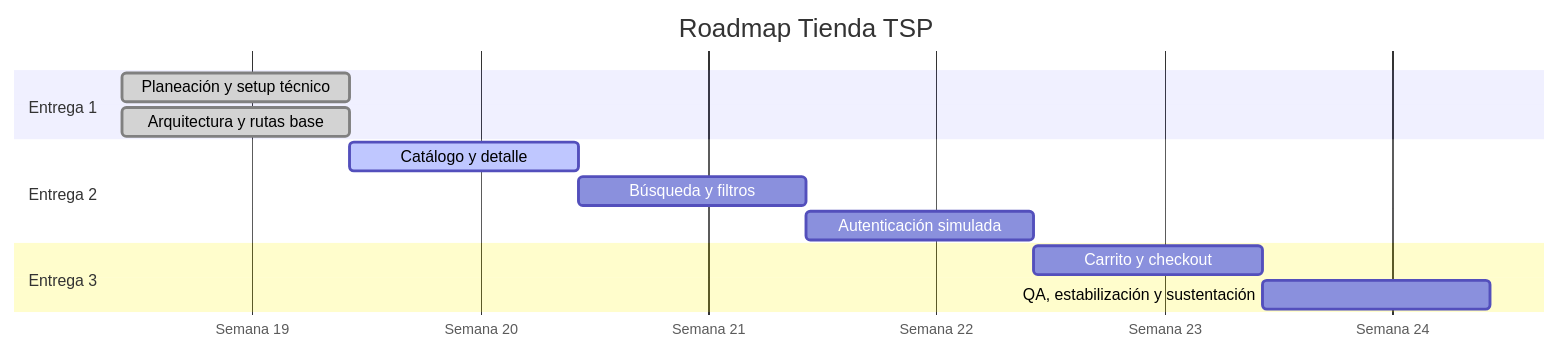
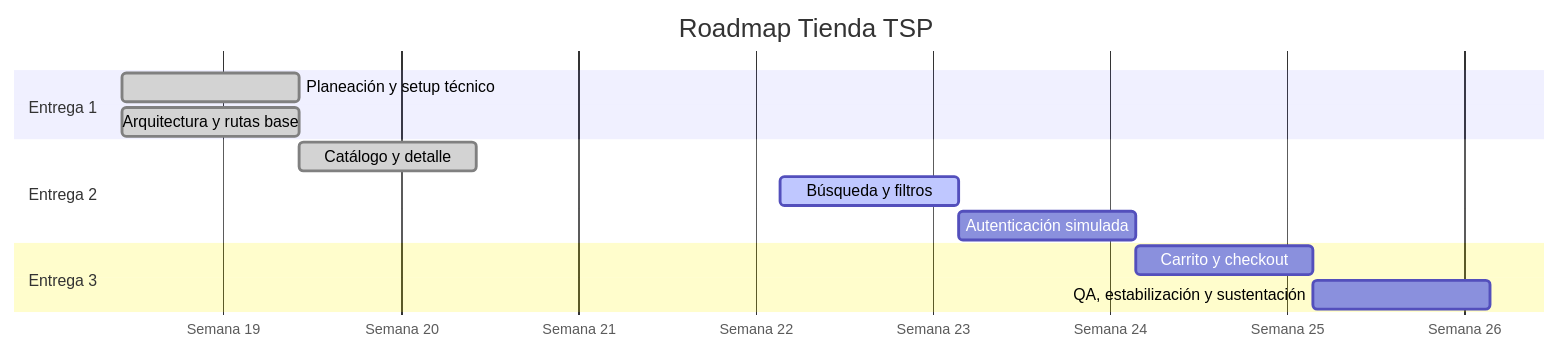
Before and after one commit to andresfccy/poli-tsp: the first of 2 diagrams in docs/roadmap/index.md, drawn with Mermaid. The commit also changed other lines of this file and 17 other files, not shown here.

````diff
--- a/docs/roadmap/index.md
+++ b/docs/roadmap/index.md
@@ -5,16 +5,16 @@
 ```mermaid
 gantt
   title Roadmap Tienda TSP
   dateFormat  YYYY-MM-DD
   axisFormat  Semana %W
   section Entrega 1
   Planeación y setup técnico        :done,    s1, 2026-05-13, 7d
   Arquitectura y rutas base         :done,    s1b, 2026-05-13, 7d
   section Entrega 2
-  Catálogo y detalle                :active,  s2, 2026-05-20, 7d
-  Búsqueda y filtros                :         s3, 2026-05-27, 7d
-  Autenticación simulada            :         s4, 2026-06-03, 7d
+  Catálogo y detalle                :done,    s2, 2026-05-20, 7d
+  Búsqueda y filtros                :active,  s3, 2026-06-08, 7d
+  Autenticación simulada            :         s4, 2026-06-15, 7d
   section Entrega 3
-  Carrito y checkout                :         s5, 2026-06-10, 7d
-  QA, estabilización y sustentación :         s6, 2026-06-17, 7d
+  Carrito y checkout                :         s5, 2026-06-22, 7d
+  QA, estabilización y sustentación :         s6, 2026-06-29, 7d
 ```
````
